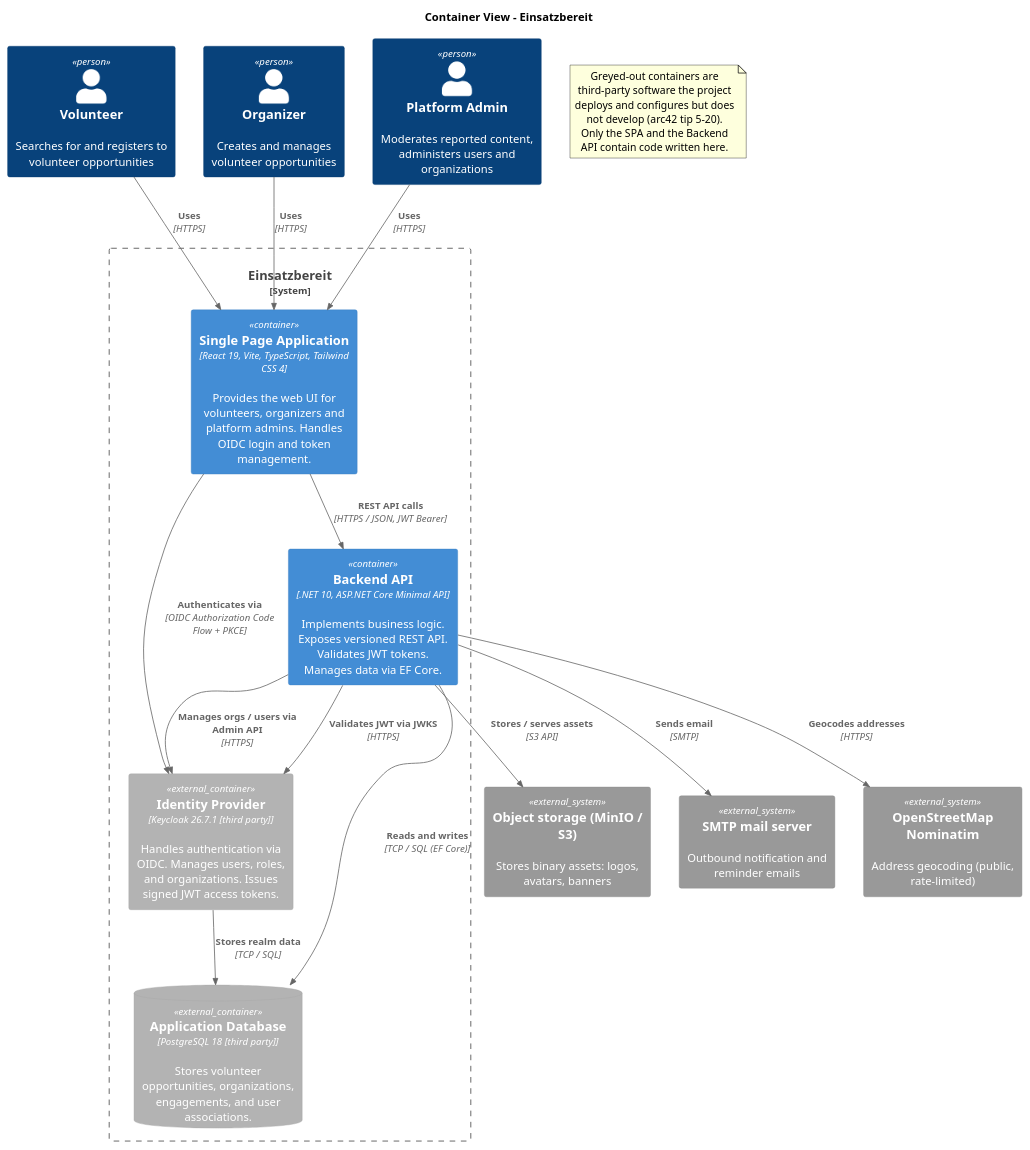
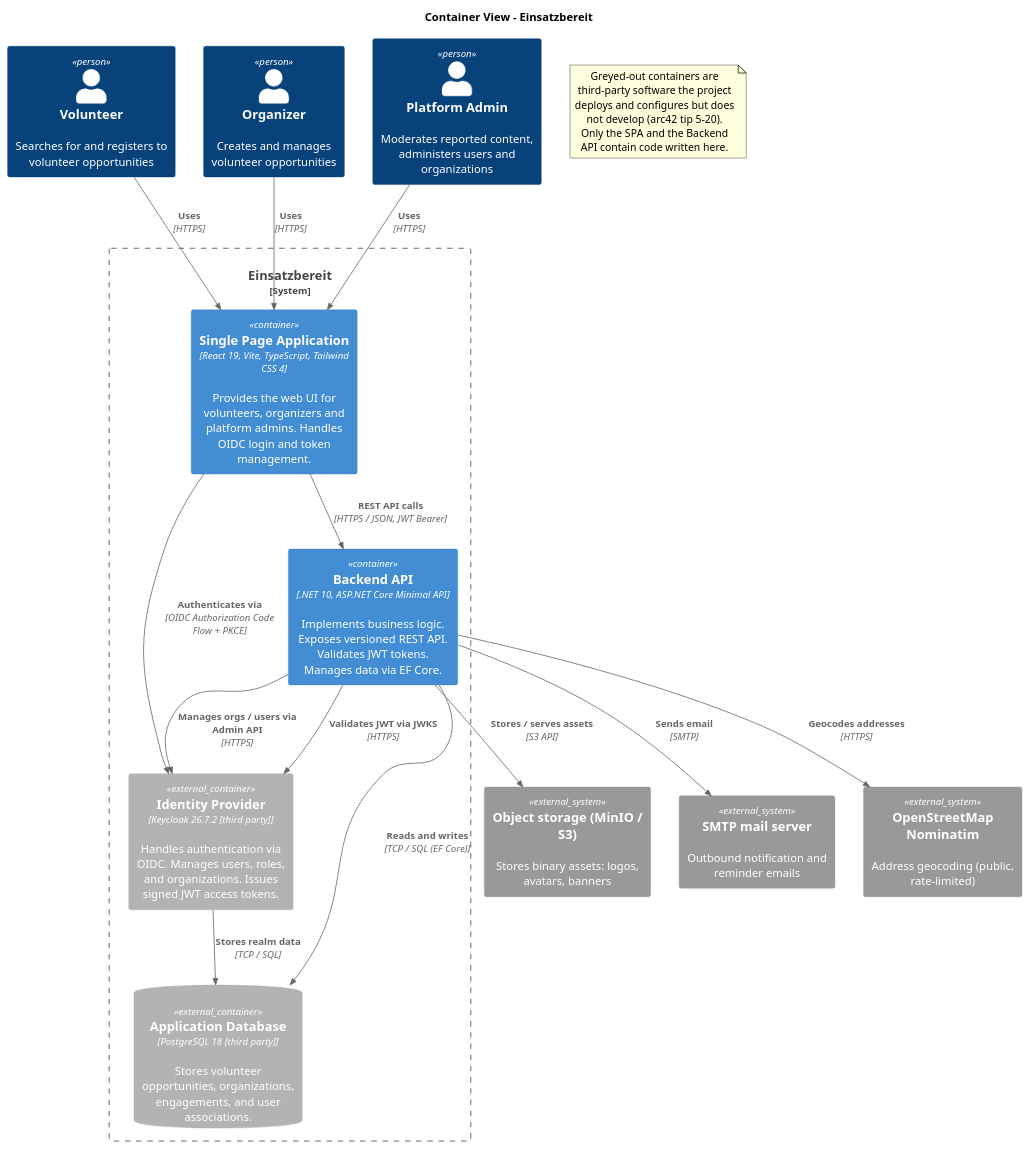
The diagram in docs/Architecture/images/container-view.puml (maik-hasler/einsatzbereit), drawn with PlantUML before and after one commit. The commit also changed 10 other files, not shown here.

```diff
--- a/docs/Architecture/images/container-view.puml
+++ b/docs/Architecture/images/container-view.puml
@@ -1,41 +1,41 @@
 @startuml Container View
 
 !include <C4/C4_Container>
 
 title Container View - Einsatzbereit
 
 Person(volunteer, "Volunteer", "Searches for and registers to volunteer opportunities")
 Person(organizer, "Organizer", "Creates and manages volunteer opportunities")
 Person(admin, "Platform Admin", "Moderates reported content, administers users and organizations")
 
 System_Boundary(einsatzbereit, "Einsatzbereit") {
 		Container(frontend, "Single Page Application", "React 19, Vite, TypeScript, Tailwind CSS 4", "Provides the web UI for volunteers, organizers and platform admins. Handles OIDC login and token management.")
 		Container(backend, "Backend API", ".NET 10, ASP.NET Core Minimal API", "Implements business logic. Exposes versioned REST API. Validates JWT tokens. Manages data via EF Core.")
 		ContainerDb_Ext(db, "Application Database", "PostgreSQL 18 [third party]", "Stores volunteer opportunities, organizations, engagements, and user associations.")
-		Container_Ext(keycloak, "Identity Provider", "Keycloak 26.7.1 [third party]", "Handles authentication via OIDC. Manages users, roles, and organizations. Issues signed JWT access tokens.")
+		Container_Ext(keycloak, "Identity Provider", "Keycloak 26.7.2 [third party]", "Handles authentication via OIDC. Manages users, roles, and organizations. Issues signed JWT access tokens.")
 }
 
 System_Ext(objectstore, "Object storage (MinIO / S3)", "Stores binary assets: logos, avatars, banners")
 System_Ext(smtp, "SMTP mail server", "Outbound notification and reminder emails")
 System_Ext(nominatim, "OpenStreetMap Nominatim", "Address geocoding (public, rate-limited)")
 
 Rel(volunteer, frontend, "Uses", "HTTPS")
 Rel(organizer, frontend, "Uses", "HTTPS")
 Rel(admin, frontend, "Uses", "HTTPS")
 Rel(frontend, backend, "REST API calls", "HTTPS / JSON, JWT Bearer")
 Rel(frontend, keycloak, "Authenticates via", "OIDC Authorization Code Flow + PKCE")
 Rel(backend, db, "Reads and writes", "TCP / SQL (EF Core)")
 Rel(backend, keycloak, "Validates JWT via JWKS", "HTTPS")
 Rel(backend, keycloak, "Manages orgs / users via Admin API", "HTTPS")
 Rel(backend, objectstore, "Stores / serves assets", "S3 API")
 Rel(backend, smtp, "Sends email", "SMTP")
 Rel(backend, nominatim, "Geocodes addresses", "HTTPS")
 Rel(keycloak, db, "Stores realm data", "TCP / SQL")
 
 note as ThirdParty
 	Greyed-out containers are third-party software the project
 	deploys and configures but does not develop (arc42 tip 5-20).
 	Only the SPA and the Backend API contain code written here.
 end note
 
 @enduml
```
